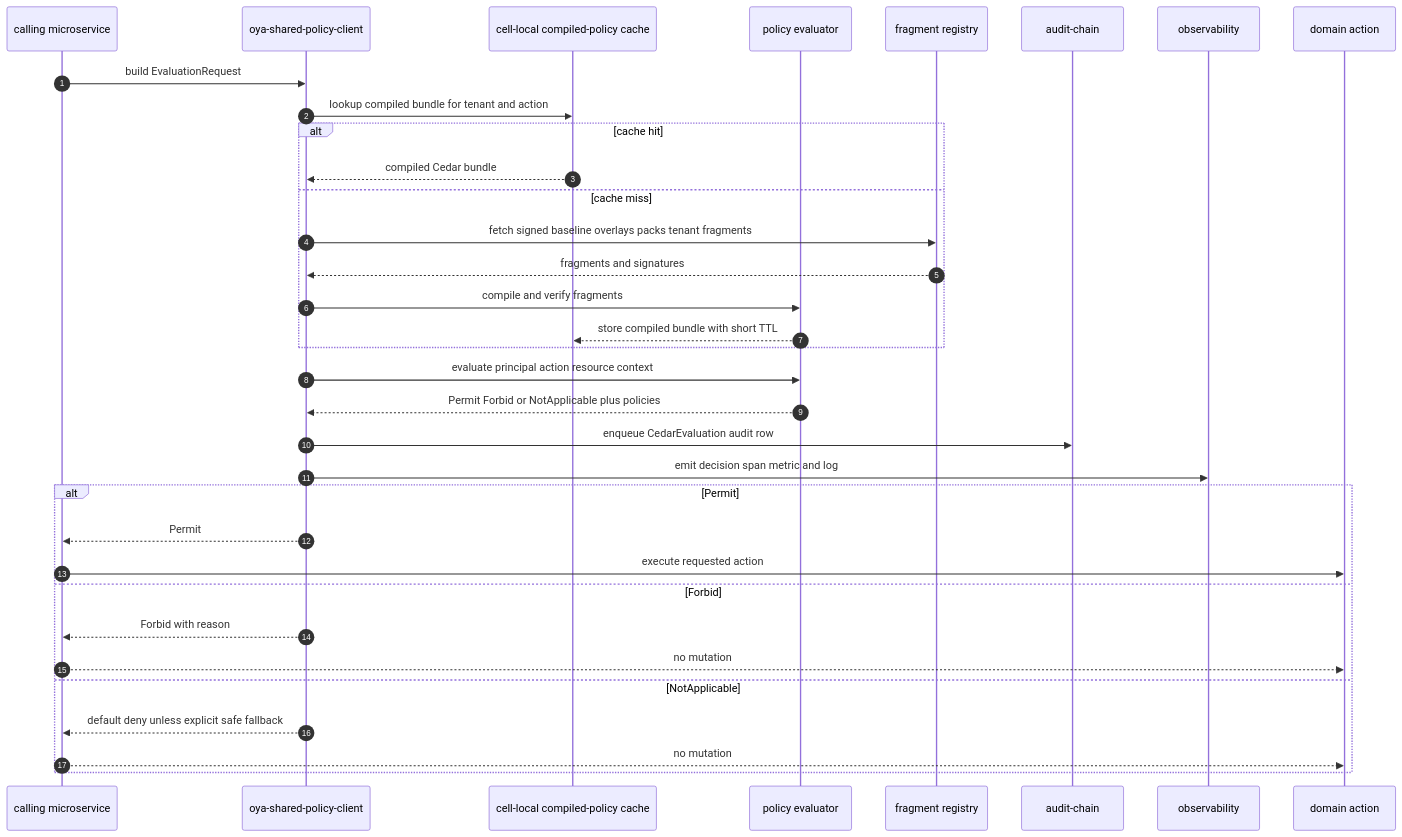
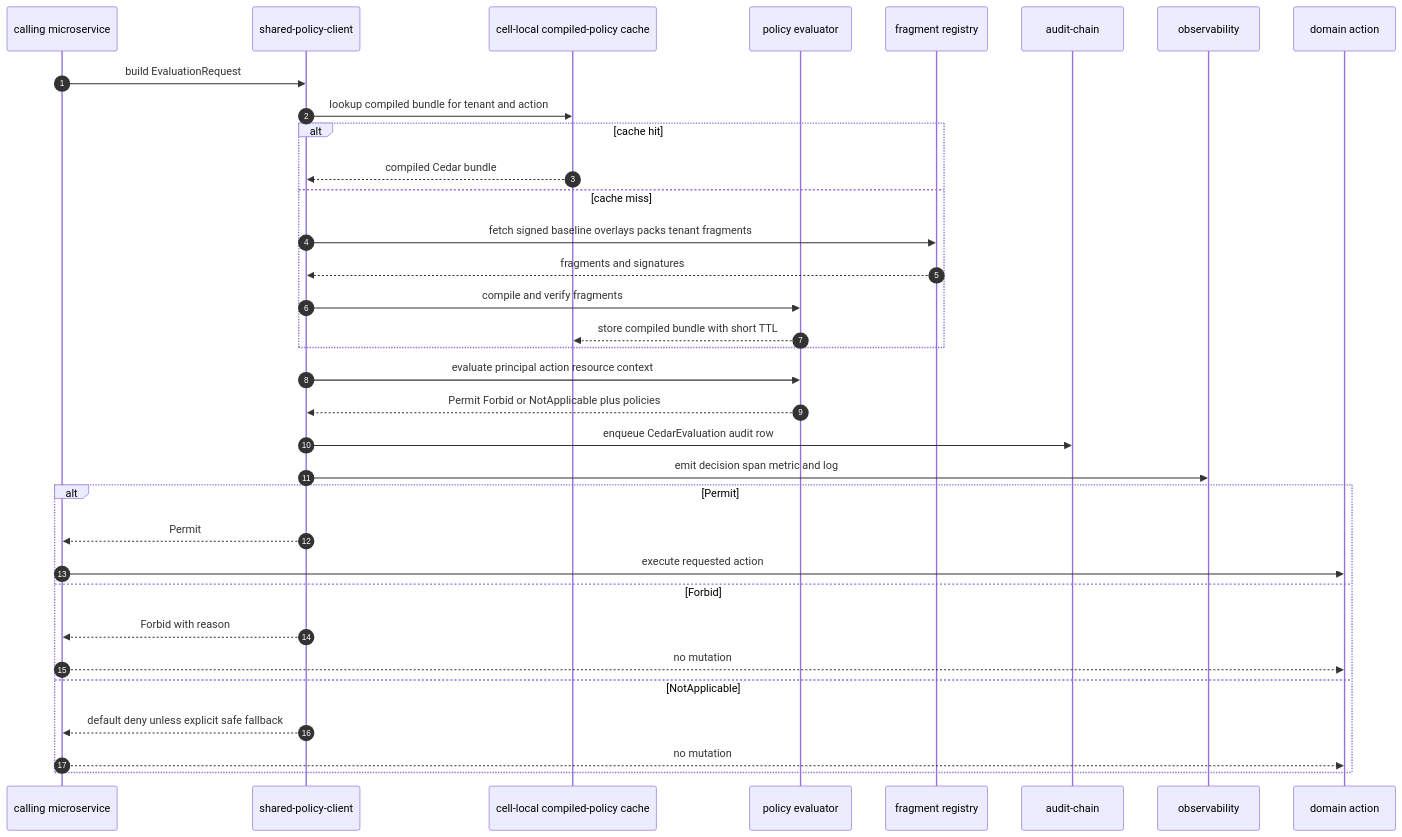
The first of 3 diagrams in docs/architecture/diagrams/cedar-policy-evaluation-flow.md (oyatie/oyatie), drawn with Mermaid before and after one commit. The commit also changed other lines of this file and 5686 other files, not shown here.

````diff
--- a/docs/architecture/diagrams/cedar-policy-evaluation-flow.md
+++ b/docs/architecture/diagrams/cedar-policy-evaluation-flow.md
@@ -34,36 +34,36 @@
 ```mermaid
 sequenceDiagram
   autonumber
   participant Caller as calling microservice
-  participant SDK as oya-shared-policy-client
+  participant SDK as shared-policy-client
   participant Cache as cell-local compiled-policy cache
   participant Cedar as policy evaluator
   participant Registry as fragment registry
   participant Audit as audit-chain
   participant Obs as observability
   participant Domain as domain action
   Caller->>SDK: build EvaluationRequest
   SDK->>Cache: lookup compiled bundle for tenant and action
   alt cache hit
     Cache-->>SDK: compiled Cedar bundle
   else cache miss
     SDK->>Registry: fetch signed baseline overlays packs tenant fragments
     Registry-->>SDK: fragments and signatures
     SDK->>Cedar: compile and verify fragments
     Cedar-->>Cache: store compiled bundle with short TTL
   end
   SDK->>Cedar: evaluate principal action resource context
   Cedar-->>SDK: Permit Forbid or NotApplicable plus policies
   SDK->>Audit: enqueue CedarEvaluation audit row
   SDK->>Obs: emit decision span metric and log
   alt Permit
     SDK-->>Caller: Permit
     Caller->>Domain: execute requested action
   else Forbid
     SDK-->>Caller: Forbid with reason
     Caller-->>Domain: no mutation
   else NotApplicable
     SDK-->>Caller: default deny unless explicit safe fallback
     Caller-->>Domain: no mutation
   end
 ```
````
